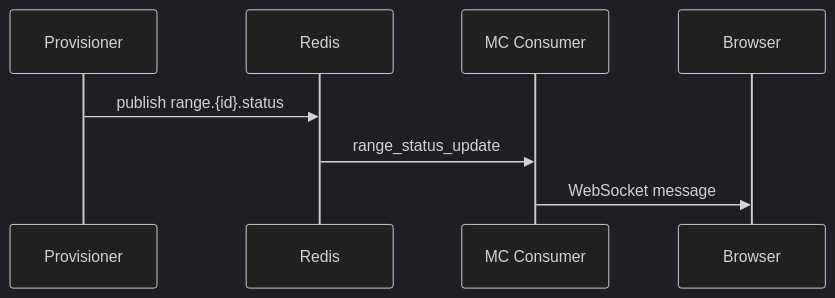
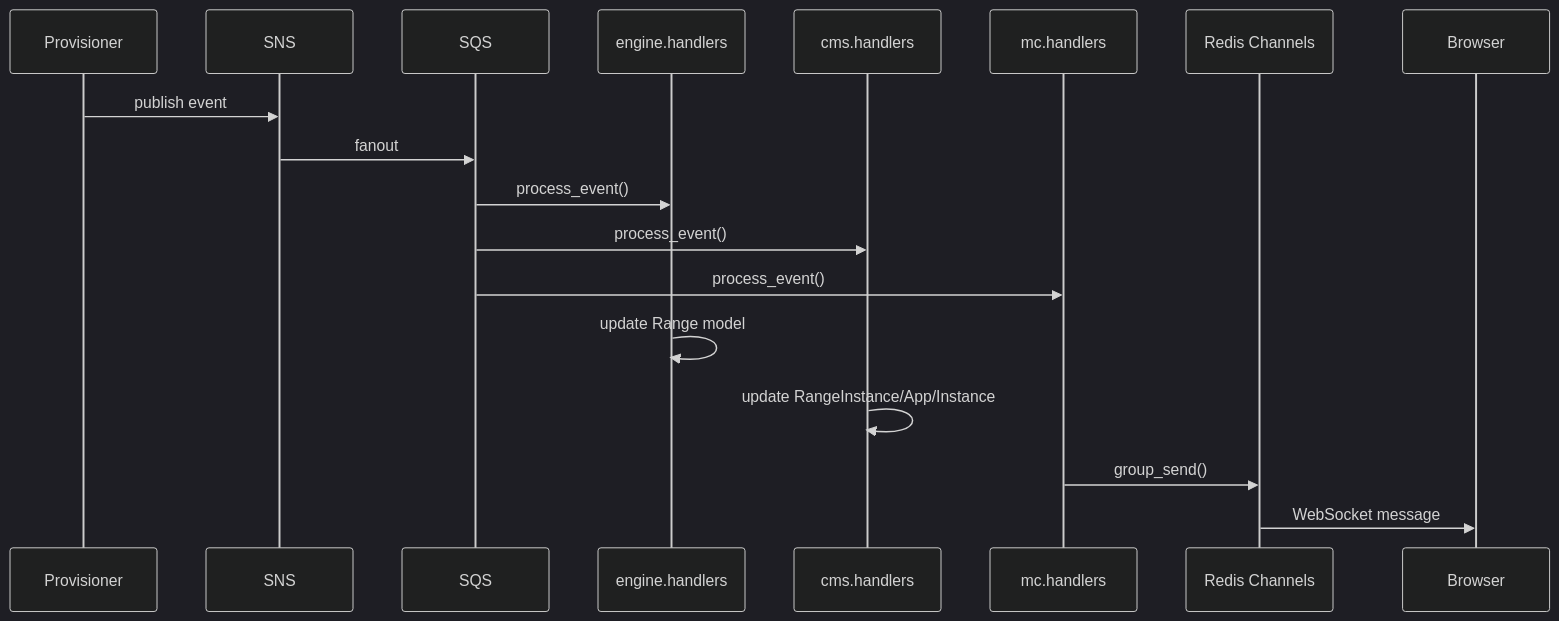
The third of 3 diagrams in shifter/shifter_platform/documentation/docs/technical/shifter_platform/index.md (PaloAltoNetworks/shifter), drawn with Mermaid (dark theme) before and after one commit. The commit also changed other lines of this file and 36 other files, not shown here.

````diff
--- a/shifter/shifter_platform/documentation/docs/technical/shifter_platform/index.md
+++ b/shifter/shifter_platform/documentation/docs/technical/shifter_platform/index.md
@@ -69,11 +73,21 @@
 ```mermaid
 sequenceDiagram
     participant P as Provisioner
-    participant R as Redis
-    participant MC as MC Consumer
+    participant SNS as SNS
+    participant SQS as SQS
+    participant ENG as engine.handlers
+    participant CMS as cms.handlers
+    participant MC as mc.handlers
+    participant R as Redis Channels
     participant B as Browser
 
-    P->>R: publish range.{id}.status
-    R->>MC: range_status_update
-    MC->>B: WebSocket message
+    P->>SNS: publish event
+    SNS->>SQS: fanout
+    SQS->>ENG: process_event()
+    SQS->>CMS: process_event()
+    SQS->>MC: process_event()
+    ENG->>ENG: update Range model
+    CMS->>CMS: update RangeInstance/App/Instance
+    MC->>R: group_send()
+    R->>B: WebSocket message
 ```
````
